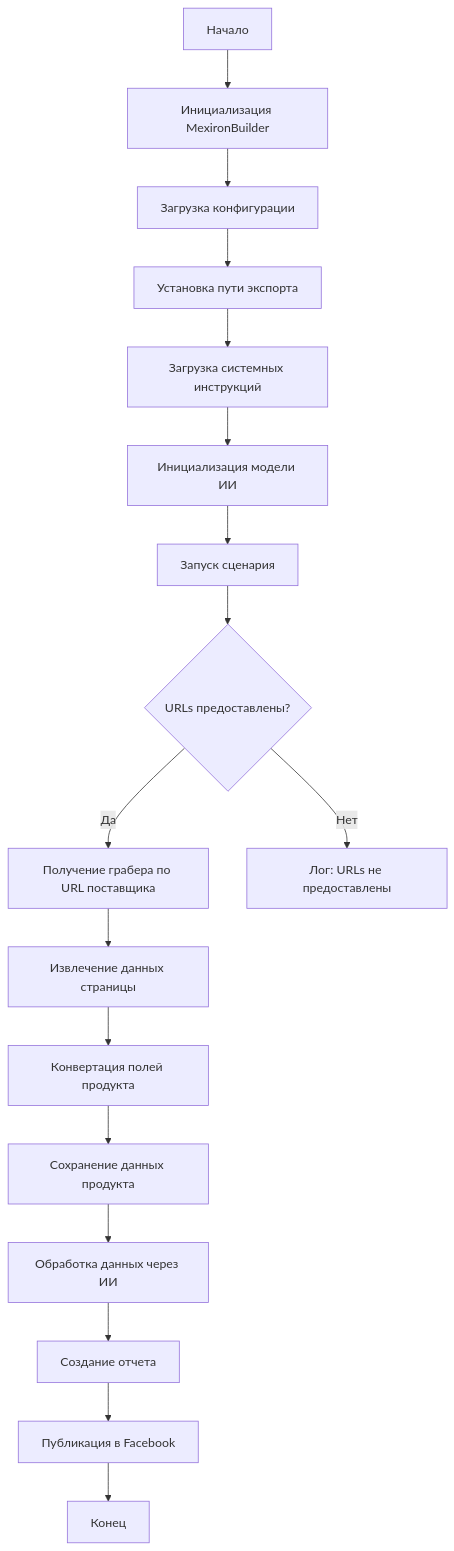
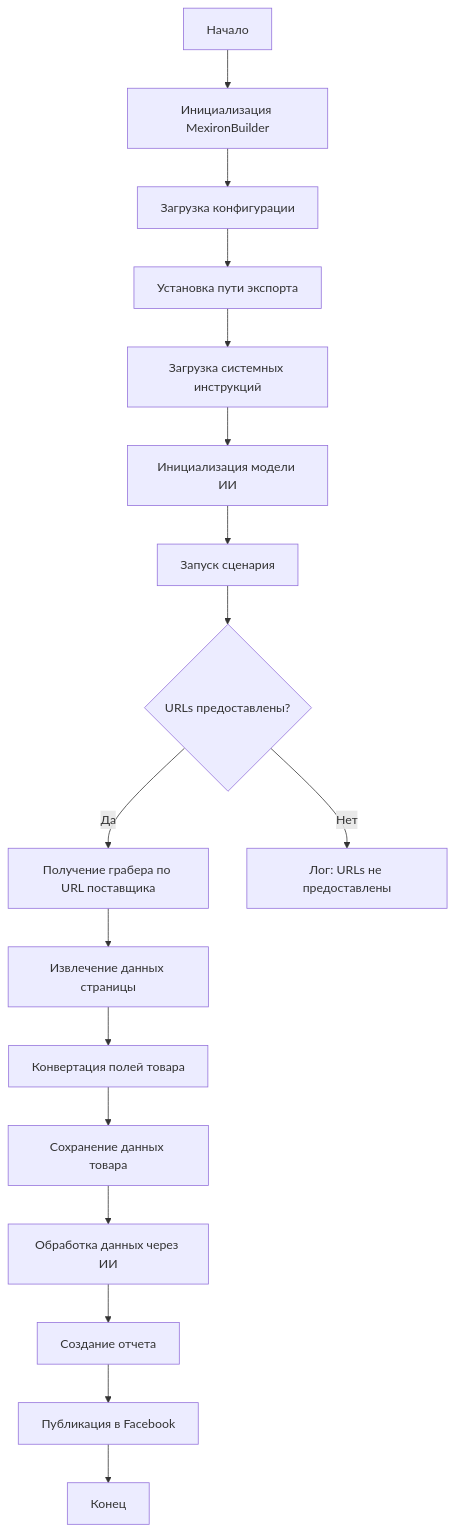
Before and after one commit to hypo69/hypotez: the first of 2 diagrams in docs/gemini/en/doc/src/endpoints/kazarinov/scenarios/scenario.ru.md.md, drawn with Mermaid. The commit also changed other lines of this file and 332 other files, not shown here.

````diff
--- a/docs/gemini/en/doc/src/endpoints/kazarinov/scenarios/scenario.ru.md.md
+++ b/docs/gemini/en/doc/src/endpoints/kazarinov/scenarios/scenario.ru.md.md
@@ -41,19 +41,19 @@
 ```mermaid
 graph TD
     Start[Начало] --> InitMexironBuilder[Инициализация MexironBuilder]
     InitMexironBuilder --> LoadConfig[Загрузка конфигурации]
     LoadConfig --> SetExportPath[Установка пути экспорта]
     SetExportPath --> LoadSystemInstruction[Загрузка системных инструкций]
     LoadSystemInstruction --> InitModel[Инициализация модели ИИ]
     InitModel --> RunScenario[Запуск сценария]
     RunScenario --> CheckURLs{URLs предоставлены?}
     CheckURLs -->|Да| GetGraber[Получение грабера по URL поставщика]
     CheckURLs -->|Нет| LogNoURLs[Лог: URLs не предоставлены]
     GetGraber --> GrabPage[Извлечение данных страницы]
-    GrabPage --> ConvertFields[Конвертация полей продукта]
-    ConvertFields --> SaveData[Сохранение данных продукта]
+    GrabPage --> ConvertFields[Конвертация полей товара]
+    ConvertFields --> SaveData[Сохранение данных товара]
     SaveData --> ProcessAI[Обработка данных через ИИ]
     ProcessAI --> CreateReport[Создание отчета]
     CreateReport --> PostFacebook[Публикация в Facebook]
     PostFacebook --> End[Конец]
 ```
````
